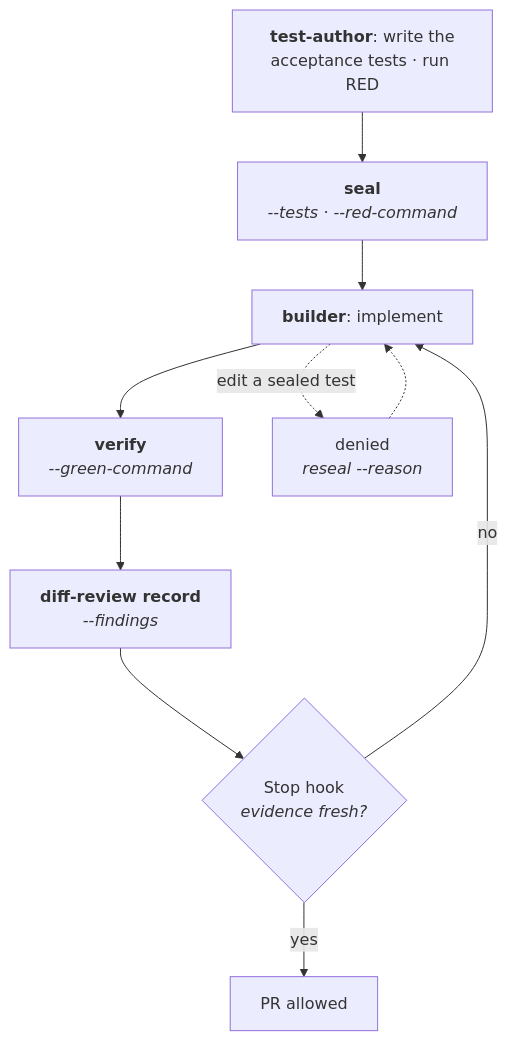
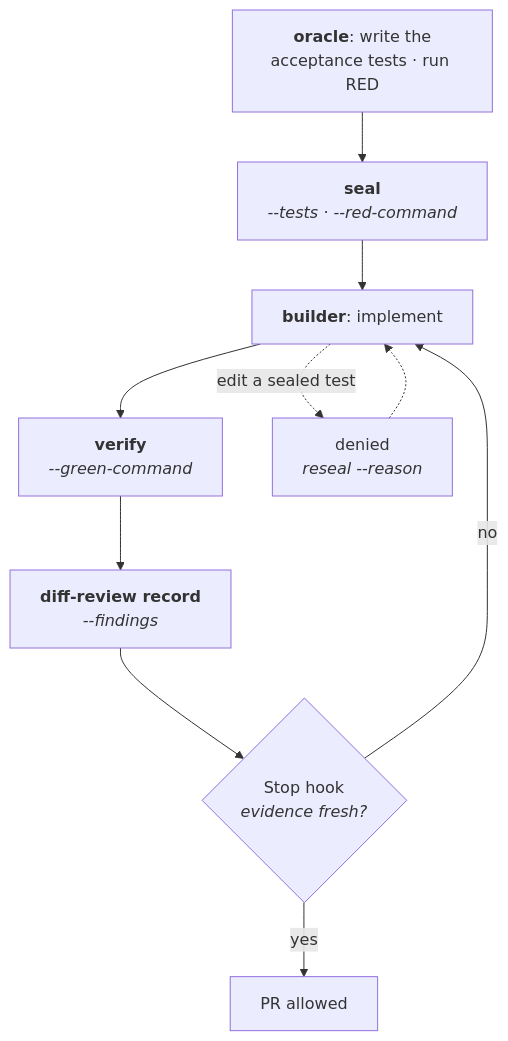
The diagram in docs/gates.md (anvil008/nova), drawn with Mermaid before and after one commit. The commit also changed other lines of this file and 121 other files, not shown here.

Commit message:
agents: rename test-author/code-reviewer/research/docs/deploy to oracle/reviewer/researcher/scribe/deployer (ADR 0015); one instruction file in repo-setup; drop README comparison section

````diff
--- a/docs/gates.md
+++ b/docs/gates.md
@@ -7,16 +7,16 @@
 ```mermaid
 flowchart TB
-    Red["<b>test-author</b>: write the<br/>acceptance tests · run RED"]
+    Red["<b>oracle</b>: write the<br/>acceptance tests · run RED"]
     Seal["<b>seal</b><br/><i>--tests · --red-command</i>"]
     Impl["<b>builder</b>: implement"]
     Verify["<b>verify</b><br/><i>--green-command</i>"]
     Review["<b>diff-review record</b><br/><i>--findings</i>"]
     Stop{"Stop hook<br/><i>evidence fresh?</i>"}
     PR["PR allowed"]
 
     Red --> Seal --> Impl --> Verify --> Review --> Stop
     Stop -->|yes| PR
     Stop -->|no| Impl
     Impl -.->|"edit a sealed test"| Denied["denied<br/><i>reseal --reason</i>"]
     Denied -.-> Impl
 ```
````
